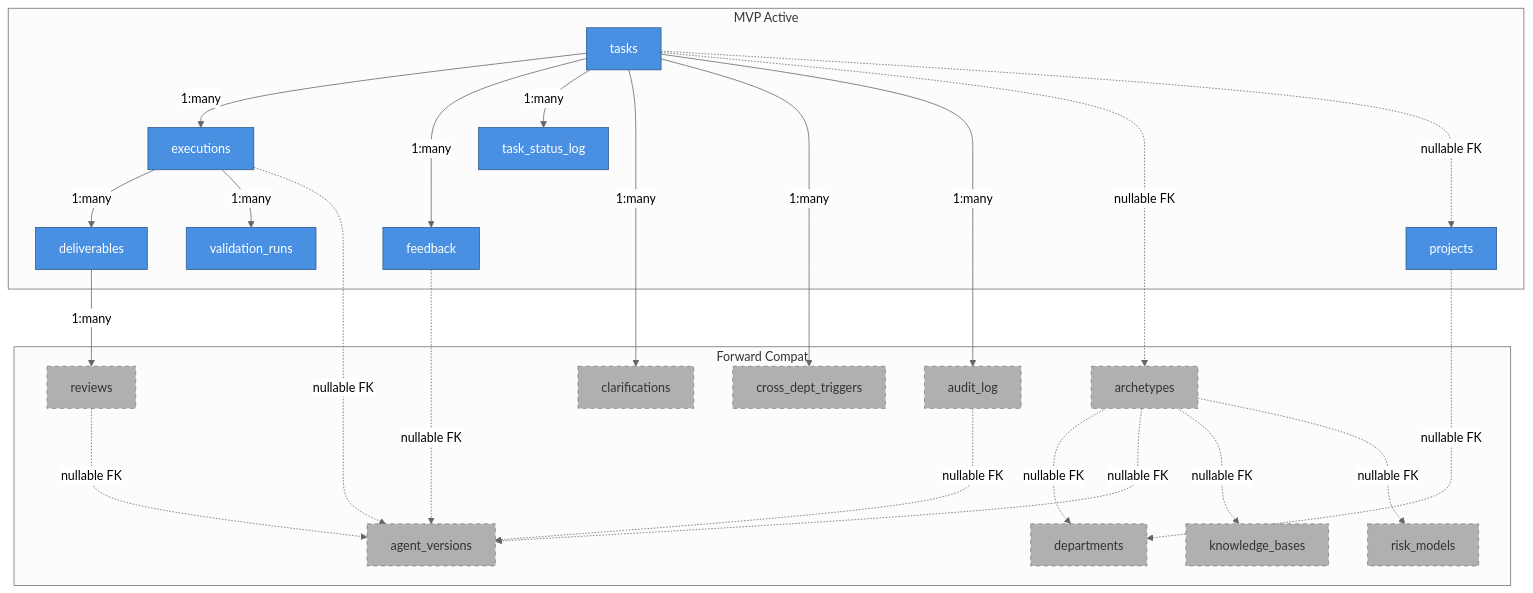
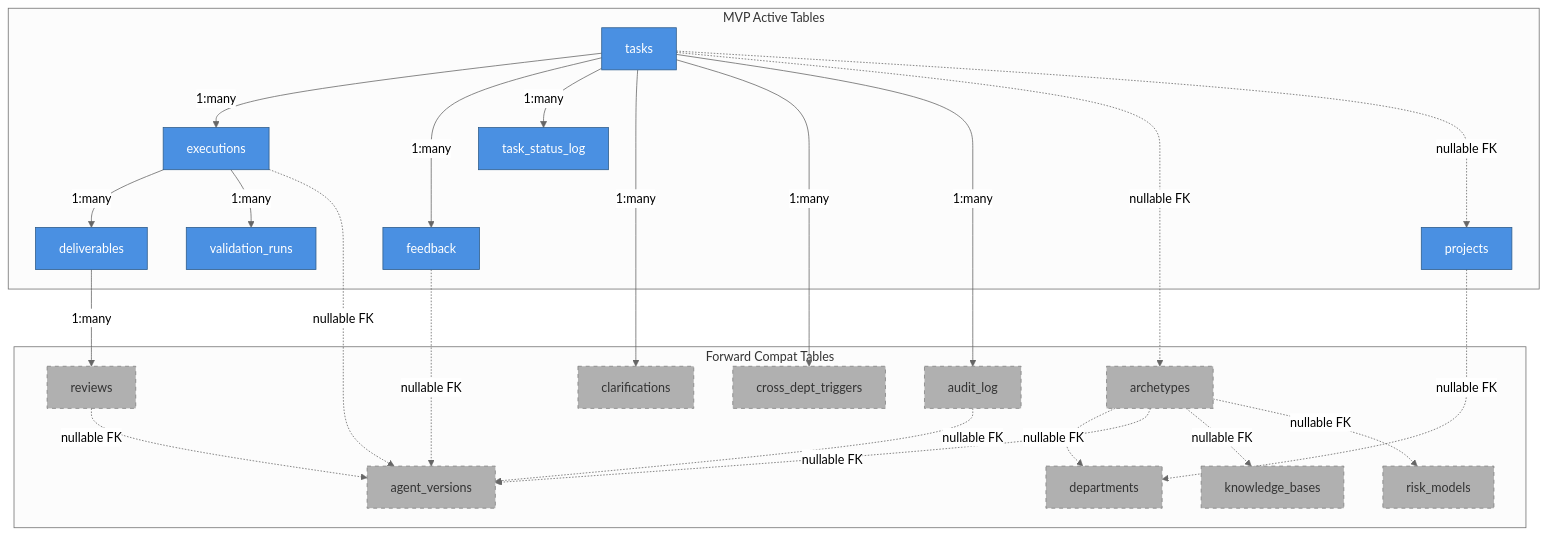
Before and after one commit to viiqswim/dozaldevs-ai-employee: the third of 6 diagrams in docs/2026-03-26-1511-phase1-foundation.md, drawn with Mermaid (neutral theme). The commit also changed other lines of this file, not shown here.

Commit message:
docs: update Phase 1 diagrams to Mermaid standards (numbered steps, flow tables, standard palette)

````diff
--- a/docs/2026-03-26-1511-phase1-foundation.md
+++ b/docs/2026-03-26-1511-phase1-foundation.md
@@ -197,49 +209,49 @@
 ```mermaid
 flowchart TD
-    subgraph MVP Active
-        T["tasks"]:::mvp
-        E["executions"]:::mvp
-        D["deliverables"]:::mvp
-        VR["validation_runs"]:::mvp
-        P["projects"]:::mvp
-        FB["feedback"]:::mvp
-        SL["task_status_log"]:::mvp
+    subgraph MVP Active Tables
+        T["tasks"]:::service
+        E["executions"]:::service
+        D["deliverables"]:::service
+        VR["validation_runs"]:::service
+        P["projects"]:::service
+        FB["feedback"]:::service
+        SL["task_status_log"]:::service
     end
 
-    subgraph Forward Compat
-        AV["agent_versions"]:::fwd
-        ARC["archetypes"]:::fwd
-        DEPT["departments"]:::fwd
-        KB["knowledge_bases"]:::fwd
-        RM["risk_models"]:::fwd
-        CDT["cross_dept_triggers"]:::fwd
-        CL["clarifications"]:::fwd
-        REV["reviews"]:::fwd
-        AL["audit_log"]:::fwd
+    subgraph Forward Compat Tables
+        AV["agent_versions"]:::future
+        ARC["archetypes"]:::future
+        DEPT["departments"]:::future
+        KB["knowledge_bases"]:::future
+        RM["risk_models"]:::future
+        CDT["cross_dept_triggers"]:::future
+        CL["clarifications"]:::future
+        REV["reviews"]:::future
+        AL["audit_log"]:::future
     end
 
     T -->|"1:many"| E
     T -->|"1:many"| FB
     T -->|"1:many"| SL
     T -->|"1:many"| CL
     T -->|"1:many"| CDT
     T -->|"1:many"| AL
     E -->|"1:many"| D
     E -->|"1:many"| VR
     D -->|"1:many"| REV
 
-    T -..->|"nullable FK"| ARC
-    T -..->|"nullable FK"| P
-    E -..->|"nullable FK"| AV
-    FB -..->|"nullable FK"| AV
-    REV -..->|"nullable FK"| AV
-    AL -..->|"nullable FK"| AV
-    ARC -..->|"nullable FK"| DEPT
-    ARC -..->|"nullable FK"| AV
-    ARC -..->|"nullable FK"| KB
-    ARC -..->|"nullable FK"| RM
-    P -..->|"nullable FK"| DEPT
+    T -.->|"nullable FK"| ARC
+    T -.->|"nullable FK"| P
+    E -.->|"nullable FK"| AV
+    FB -.->|"nullable FK"| AV
+    REV -.->|"nullable FK"| AV
+    AL -.->|"nullable FK"| AV
+    ARC -.->|"nullable FK"| DEPT
+    ARC -.->|"nullable FK"| AV
+    ARC -.->|"nullable FK"| KB
+    ARC -.->|"nullable FK"| RM
+    P -.->|"nullable FK"| DEPT
 
-    classDef mvp fill:#4A90E2,stroke:#2E5C8A,color:#fff
-    classDef fwd fill:#B0B0B0,stroke:#808080,color:#333,stroke-dasharray:5
+    classDef service fill:#4A90E2,stroke:#2E5C8A,color:#fff
+    classDef future fill:#B0B0B0,stroke:#808080,color:#333,stroke-dasharray:5
 ```
````
